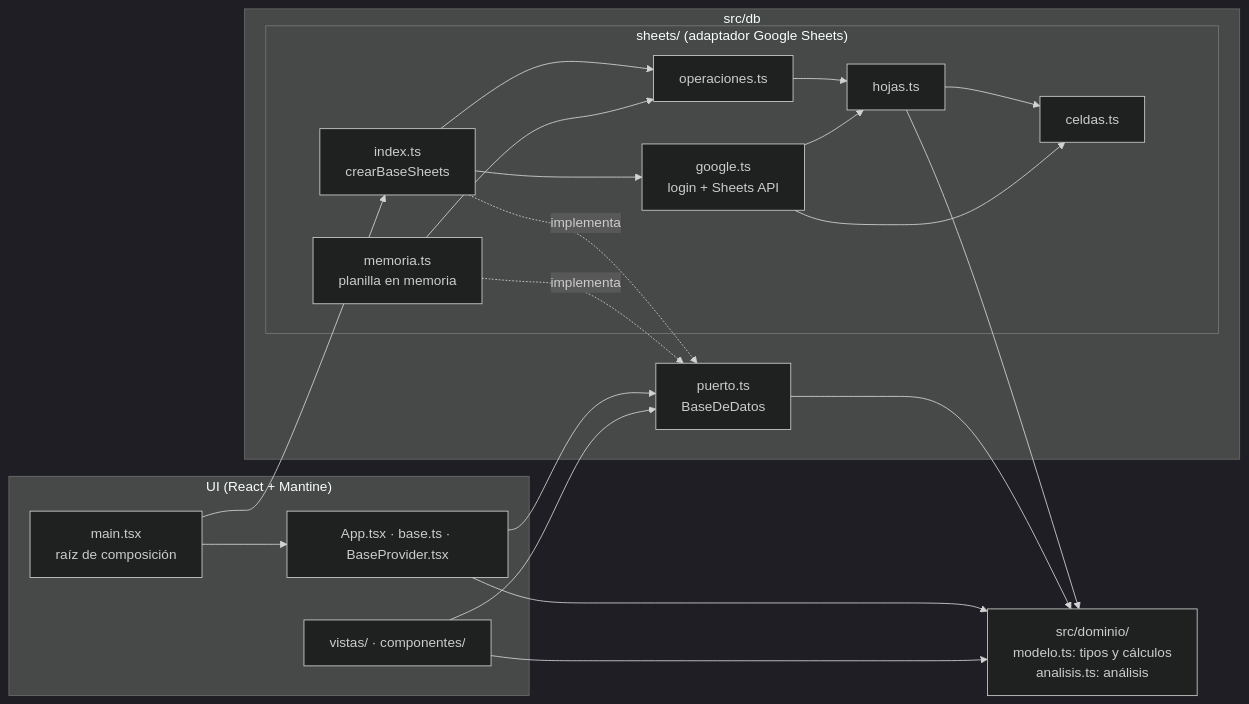
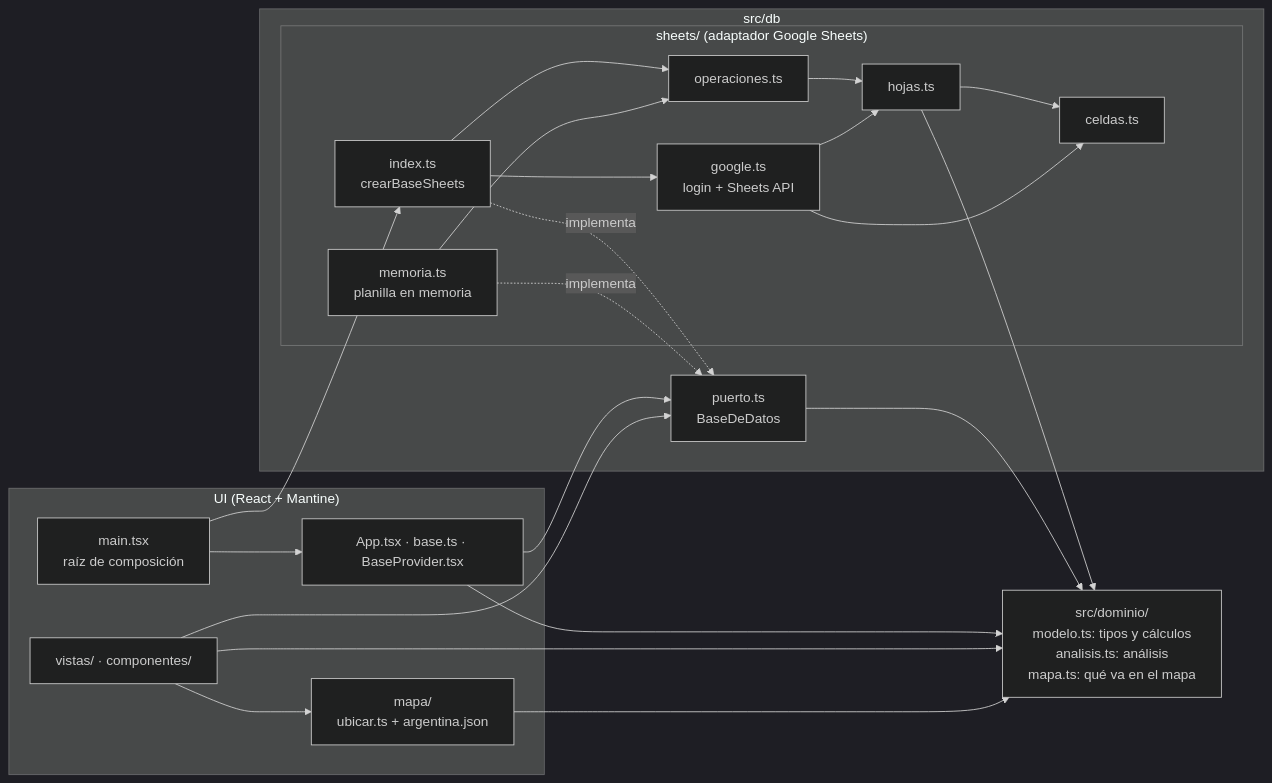
One commit to magalipujol/ERPeq changed the first of 2 diagrams in spec/arquitectura.md. Above: the diagram before and after it, drawn with Mermaid (dark theme). The commit also changed other lines of this file and 16 other files, not shown here.

````diff
--- a/spec/arquitectura.md
+++ b/spec/arquitectura.md
@@ -10,38 +10,41 @@
 ```mermaid
 flowchart LR
   subgraph UI["UI (React + Mantine)"]
     main["main.tsx<br/>raíz de composición"]
     app["App.tsx · base.ts · BaseProvider.tsx"]
     vistas["vistas/ · componentes/"]
+    mapa["mapa/<br/>ubicar.ts + argentina.json"]
   end
   subgraph db["src/db"]
     puerto["puerto.ts<br/>BaseDeDatos"]
     subgraph sheets["sheets/ (adaptador Google Sheets)"]
       index["index.ts<br/>crearBaseSheets"]
       ops["operaciones.ts"]
       hojas["hojas.ts"]
       celdas["celdas.ts"]
       google["google.ts<br/>login + Sheets API"]
       memoria["memoria.ts<br/>planilla en memoria"]
     end
   end
-  dominio["src/dominio/<br/>modelo.ts: tipos y cálculos<br/>analisis.ts: análisis"]
+  dominio["src/dominio/<br/>modelo.ts: tipos y cálculos<br/>analisis.ts: análisis<br/>mapa.ts: qué va en el mapa"]
 
   main --> index
   main --> app
   app --> puerto
   vistas --> puerto
   app --> dominio
   vistas --> dominio
+  vistas --> mapa
+  mapa --> dominio
   puerto --> dominio
   index -. implementa .-> puerto
   memoria -. implementa .-> puerto
   index --> ops
   index --> google
   memoria --> ops
   ops --> hojas
   hojas --> celdas
   hojas --> dominio
   google --> celdas
   google --> hojas
 ```
````
